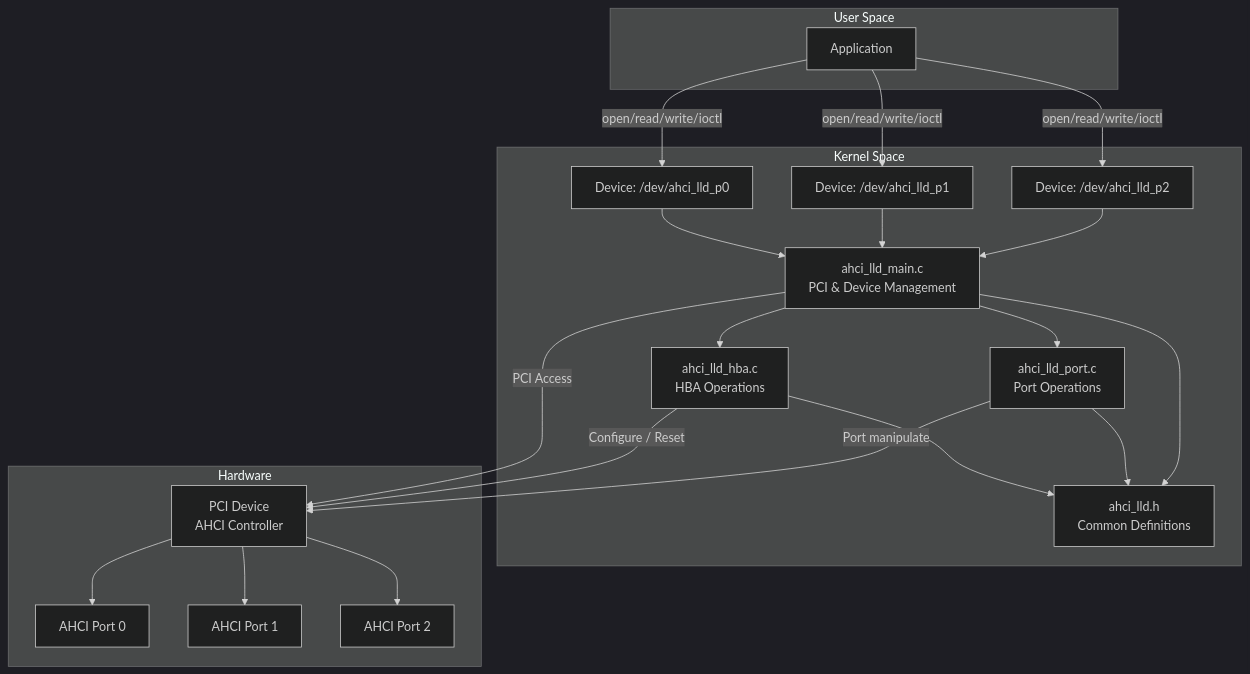
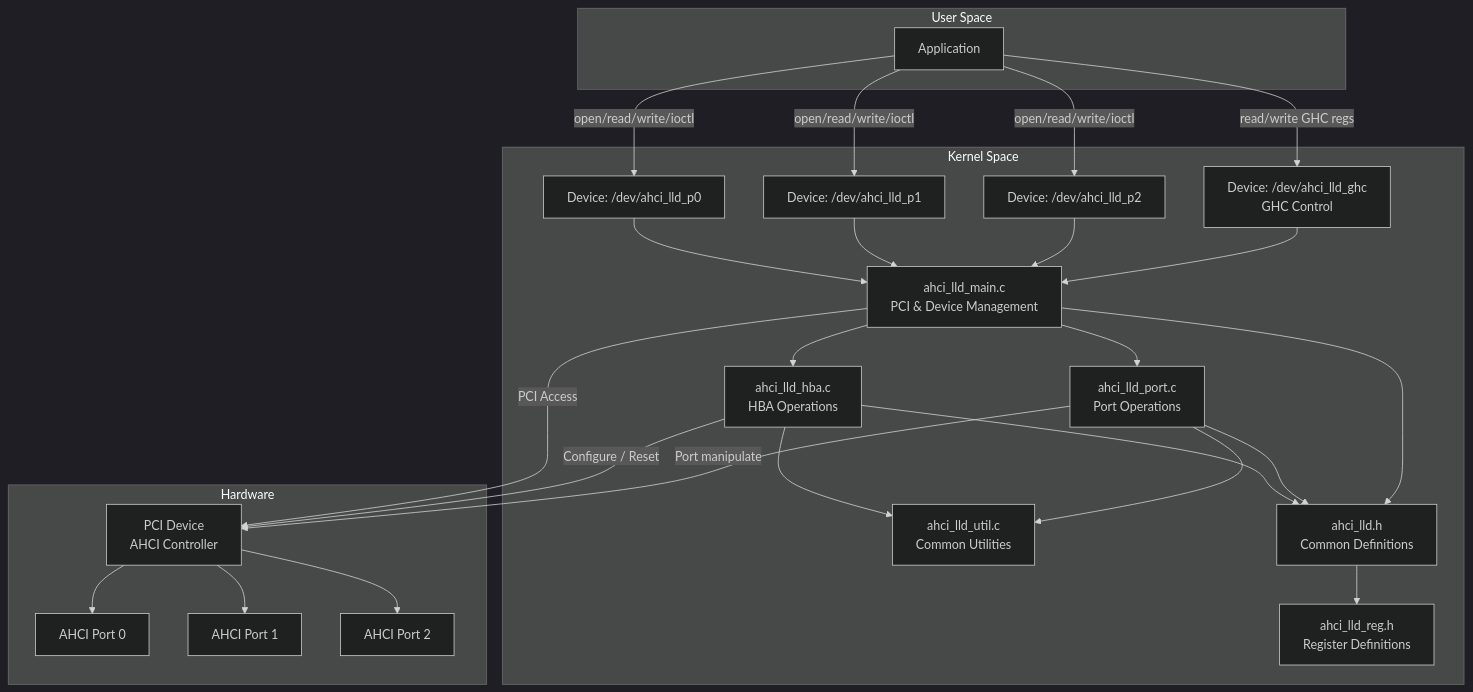
The diagram in README.md (n-nazuna/ahci_lld), drawn with Mermaid (dark theme) before and after one commit. The commit also changed other lines of this file and 6 other files, not shown here.

````diff
--- a/README.md
+++ b/README.md
@@ -9,47 +18,55 @@
 ```mermaid
 graph TB
     subgraph "User Space"
         APP[Application]
     end
     
     subgraph "Kernel Space"
         DEV0["Device: /dev/ahci_lld_p0"]
         DEV1["Device: /dev/ahci_lld_p1"]
         DEV2["Device: /dev/ahci_lld_p2"]
+        DEVGHC["Device: /dev/ahci_lld_ghc<br/>GHC Control"]
         
         MAIN["ahci_lld_main.c<br/>PCI & Device Management"]
         HBA["ahci_lld_hba.c<br/>HBA Operations"]
         PORT["ahci_lld_port.c<br/>Port Operations"]
+        UTIL["ahci_lld_util.c<br/>Common Utilities"]
+        REG["ahci_lld_reg.h<br/>Register Definitions"]
         
         HEADER["ahci_lld.h<br/>Common Definitions"]
     end
     
     subgraph "Hardware"
         PCI["PCI Device<br/>AHCI Controller"]
         AHCI_PORT0["AHCI Port 0"]
         AHCI_PORT1["AHCI Port 1"]
         AHCI_PORT2["AHCI Port 2"]
     end
     
     APP -->|open/read/write/ioctl| DEV0
     APP -->|open/read/write/ioctl| DEV1
     APP -->|open/read/write/ioctl| DEV2
+    APP -->|read/write GHC regs| DEVGHC
     
     DEV0 --> MAIN
     DEV1 --> MAIN
     DEV2 --> MAIN
+    DEVGHC --> MAIN
     
     MAIN --> HBA
     MAIN --> PORT
+    HBA --> UTIL
+    PORT --> UTIL
     HBA --> HEADER
     PORT --> HEADER
     MAIN --> HEADER
+    HEADER --> REG
     
     MAIN -->|PCI Access| PCI
     HBA -->|Configure / Reset| PCI
     PORT -->|Port manipulate| PCI
     
     PCI --> AHCI_PORT0
     PCI --> AHCI_PORT1
     PCI --> AHCI_PORT2
 ```
````
